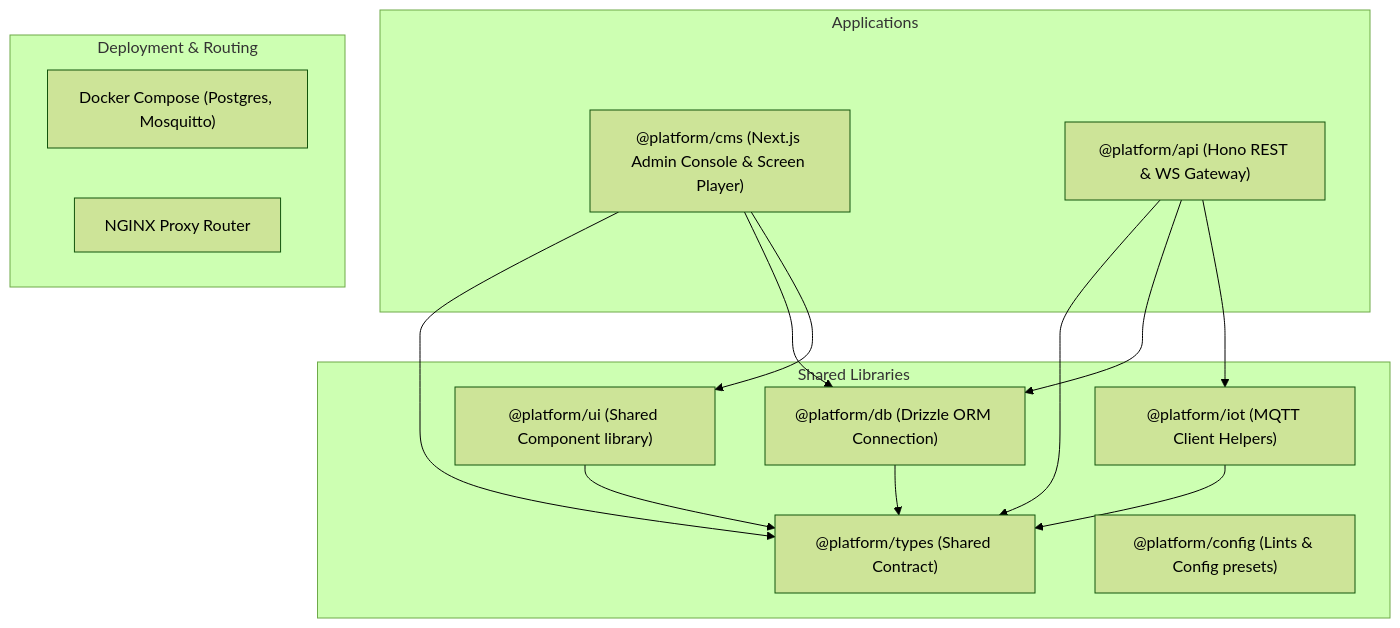
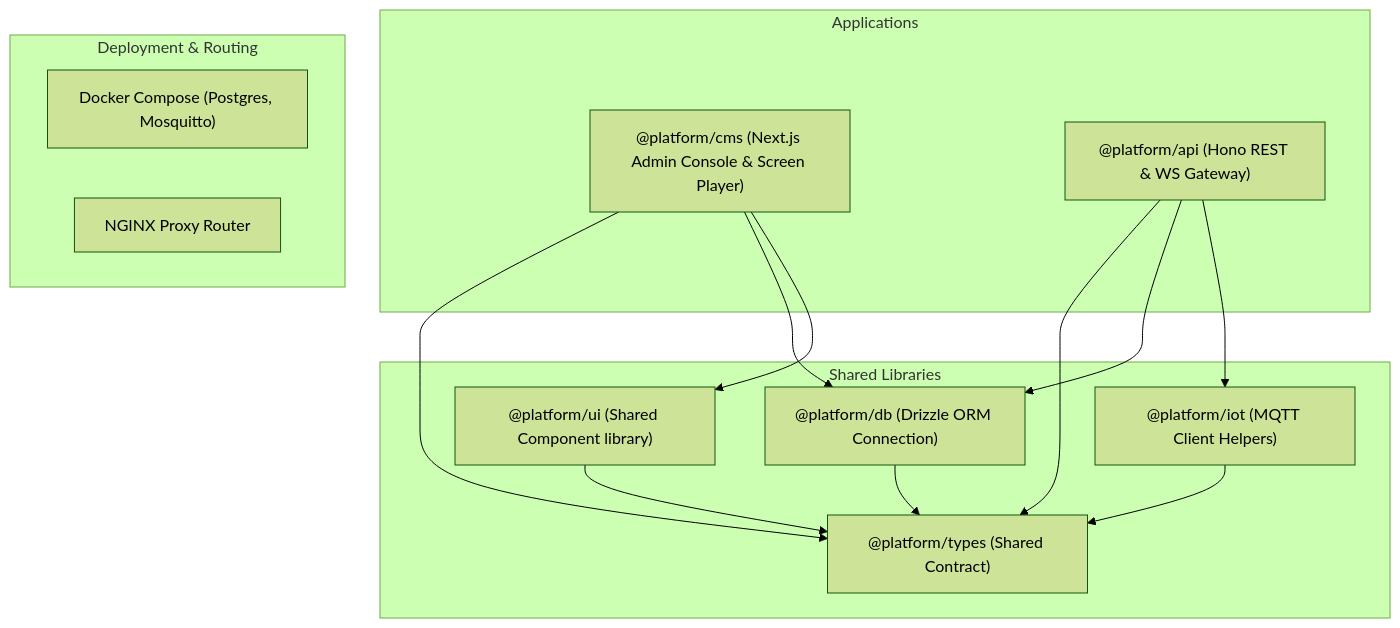
One commit to drava-tech/drava-nex changed the diagram in README.md. Above: the diagram before and after it, drawn with Mermaid (forest theme). The commit also changed 28 other files, not shown here.

First line of the commit message:
chore: remove dead code and the unused @platform/config package

````diff
--- a/README.md
+++ b/README.md
@@ -29,33 +29,32 @@
 ```mermaid
 graph TD
     subgraph Apps [Applications]
         CMS["@platform/cms (Next.js Admin Console & Screen Player)"]
         API["@platform/api (Hono REST & WS Gateway)"]
     end
 
     subgraph Packages [Shared Libraries]
         Types["@platform/types (Shared Contract)"]
         DB["@platform/db (Drizzle ORM Connection)"]
         UI["@platform/ui (Shared Component library)"]
         IoT["@platform/iot (MQTT Client Helpers)"]
-        Config["@platform/config (Lints & Config presets)"]
     end
 
     subgraph Infrastructure [Deployment & Routing]
         Docker["Docker Compose (Postgres, Mosquitto)"]
         Nginx["NGINX Proxy Router"]
     end
 
     %% Dependency mappings
     CMS --> Types
     CMS --> DB
     CMS --> UI
 
     API --> Types
     API --> DB
     API --> IoT
 
     DB --> Types
     UI --> Types
     IoT --> Types
 ```
````
